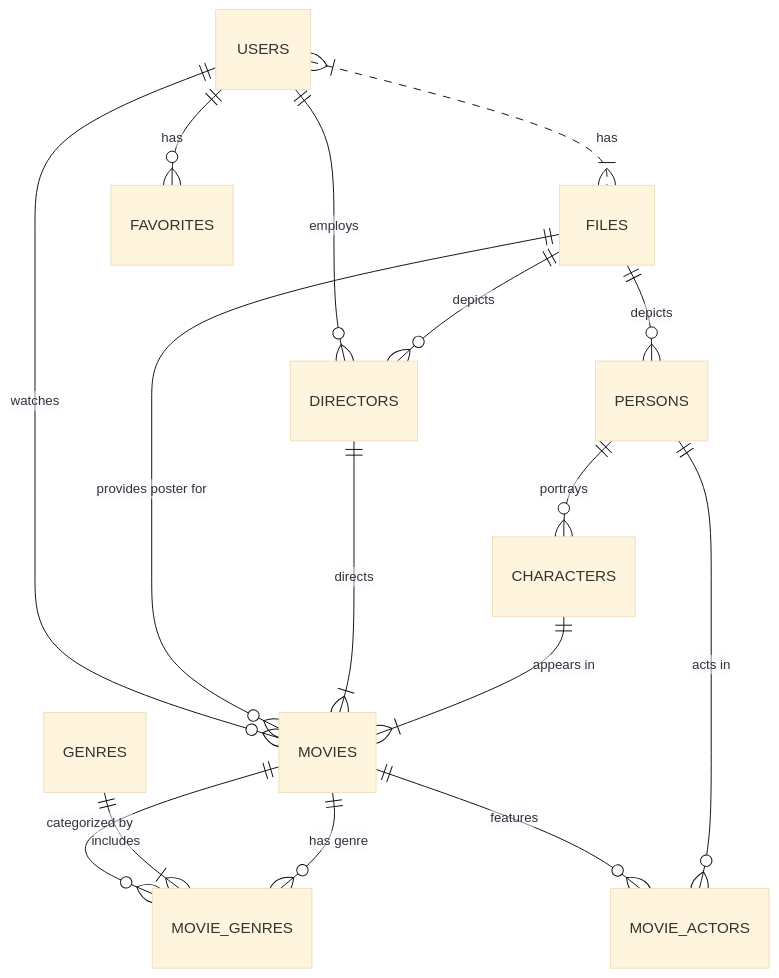
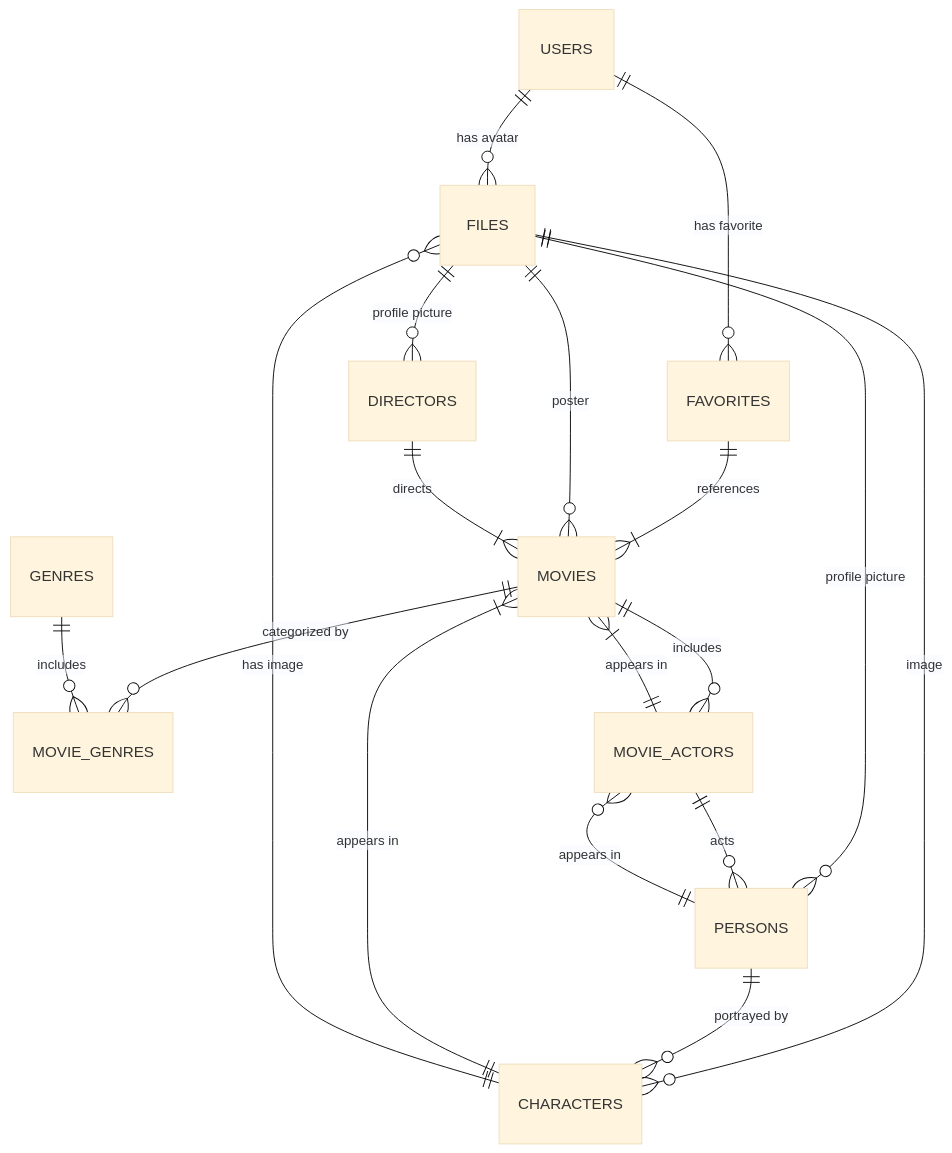
One commit to Parle648/db changed the diagram in README.md. Above: the diagram before and after it, drawn with Mermaid (base theme).

````diff
--- a/README.md
+++ b/README.md
@@ -3,18 +3,29 @@
 ```mermaid
-  erDiagram
-    USERS }|..|{ FILES : has
-    USERS ||--o{ FAVORITES : has
-    USERS ||--o{ MOVIES : "watches"
-    USERS ||--o{ DIRECTORS : "employs"
-    FILES ||--o{ DIRECTORS : "depicts"
-    FILES ||--o{ PERSONS : "depicts"
-    FILES ||--o{ MOVIES : "provides poster for"
+erDiagram
+    USERS ||--o{ FILES : "has avatar"
+    USERS ||--o{ FAVORITES : "has favorite"
+
+    FAVORITES ||--|{ MOVIES : "references"
+
+    FILES ||--o{ DIRECTORS : "profile picture"
+    FILES ||--o{ PERSONS : "profile picture"
+    FILES ||--o{ CHARACTERS : "image"
+    FILES ||--o{ MOVIES : "poster"
+
+    DIRECTORS ||--|{ MOVIES : "directs"
+
     MOVIES ||--o{ MOVIE_GENRES : "categorized by"
-    GENRES ||--|{ MOVIE_GENRES : includes
-    DIRECTORS ||--|{ MOVIES : directs
-    PERSONS ||--o{ CHARACTERS : "portrays"
+    MOVIES ||--o{ MOVIE_ACTORS : "includes"
+
+    GENRES ||--o{ MOVIE_GENRES : "includes"
+
+    PERSONS ||--o{ CHARACTERS : "portrayed by"
+    PERSONS ||--o{ MOVIE_ACTORS : "appears in"
+
     CHARACTERS ||--|{ MOVIES : "appears in"
-    MOVIES ||--o{ MOVIE_ACTORS : "features"
-    PERSONS ||--o{ MOVIE_ACTORS : "acts in"
-    MOVIES ||--o{ MOVIE_GENRES : "has genre"
+    CHARACTERS ||--o{ FILES : "has image"
+
+    MOVIE_ACTORS ||--|{ MOVIES : "appears in"
+    MOVIE_ACTORS ||--o{ PERSONS : "acts"
+
 ```
````
